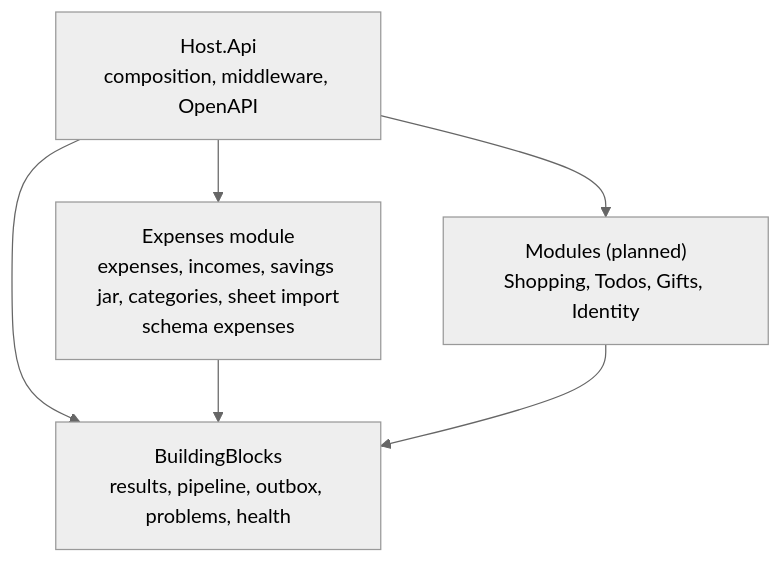
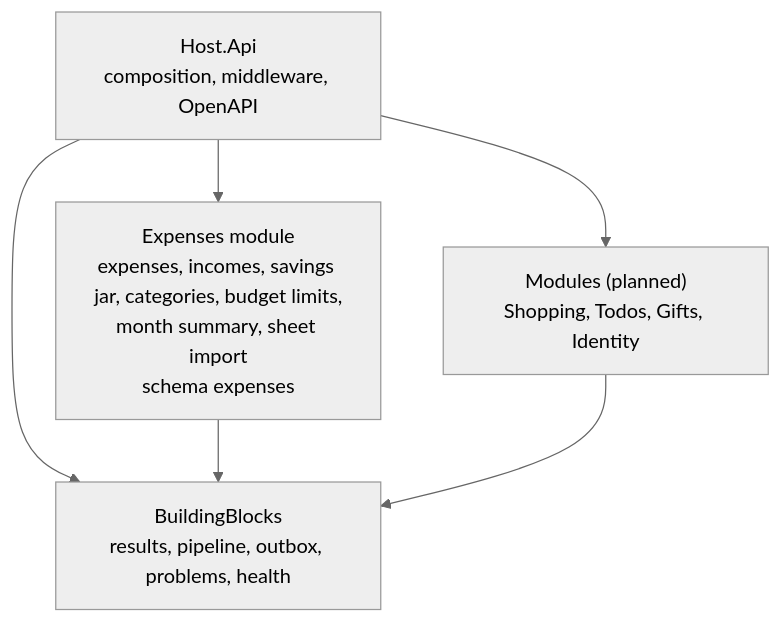
Before and after one commit to Weretik/home-app: the third of 3 diagrams in api/docs/architecture/c4.md, drawn with Mermaid (neutral theme). The commit also changed 146 other files, not shown here.

First line of the commit message:
Expenses: period filter, spending limits and settings, savings goal, home summary

````diff
--- a/api/docs/architecture/c4.md
+++ b/api/docs/architecture/c4.md
@@ -42,13 +42,13 @@
 ```mermaid
 flowchart TB
     host["Host.Api<br/>composition, middleware, OpenAPI"]
     blocks["BuildingBlocks<br/>results, pipeline, outbox, problems, health"]
-    expenses["Expenses module<br/>expenses, incomes, savings jar, categories, sheet import<br/>schema expenses"]
+    expenses["Expenses module<br/>expenses, incomes, savings jar, categories, budget limits,<br/>month summary, sheet import<br/>schema expenses"]
     planned["Modules (planned)<br/>Shopping, Todos, Gifts, Identity"]
 
     host --> blocks
     host --> expenses
     host --> planned
     expenses --> blocks
     planned --> blocks
 ```
````
